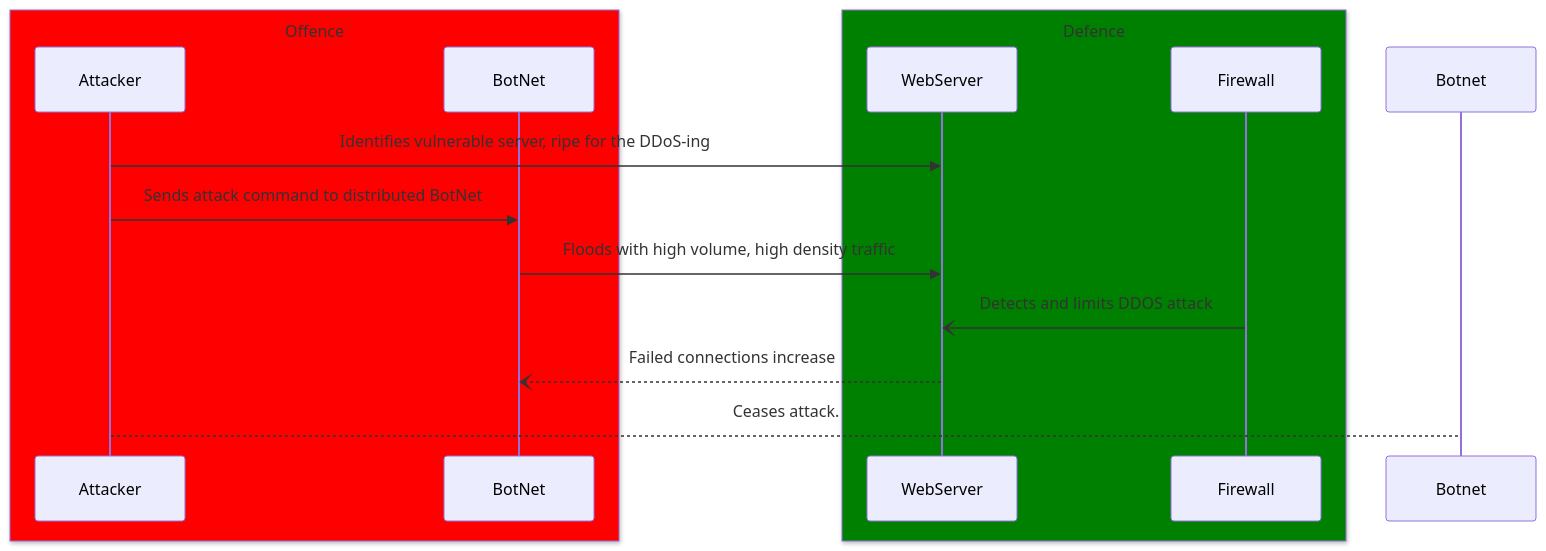
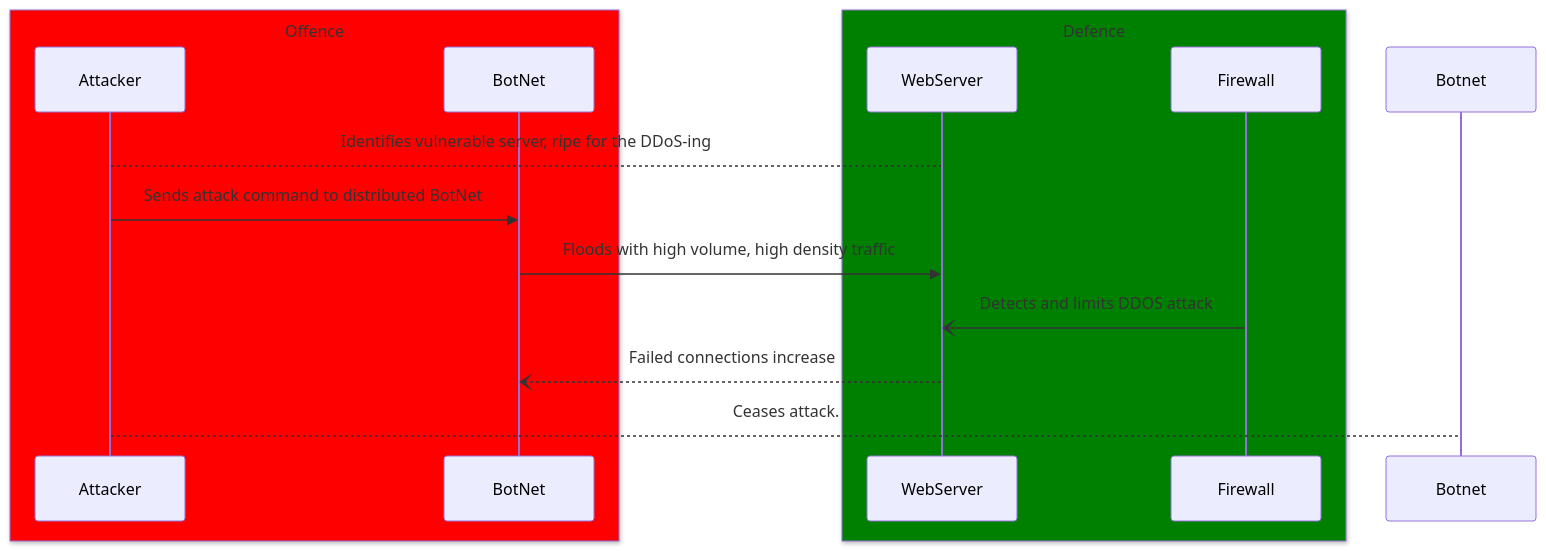
One commit to PGraggWaketech/DDoS-Mermaid-Project-PaytonG changed the diagram in DDoS_Attack_Sequence.md. Above: the diagram before and after it, drawn with Mermaid. The commit also changed other lines of this file, not shown here.

Commit message:
Update DDoS_Attack_Sequence verbosity

````diff
--- a/DDoS_Attack_Sequence.md
+++ b/DDoS_Attack_Sequence.md
@@ -1,18 +1,18 @@
 ```mermaid
 sequenceDiagram
 box Red Offence
 participant Attacker
 participant BotNet
 end
 Box Green Defence
 participant WebServer
 participant Firewall
 end
 
-Attacker->>WebServer: Identifies vulnerable server, ripe for the DDoS-ing
+Attacker-->WebServer: Identifies vulnerable server, ripe for the DDoS-ing
 Attacker->>BotNet: Sends attack command to distributed BotNet
 BotNet->>WebServer: Floods with high volume, high density traffic
 Firewall-)WebServer: Detects and limits DDOS attack
 WebServer--)BotNet: Failed connections increase
 Attacker-->Botnet: Ceases attack.
 ```
````
